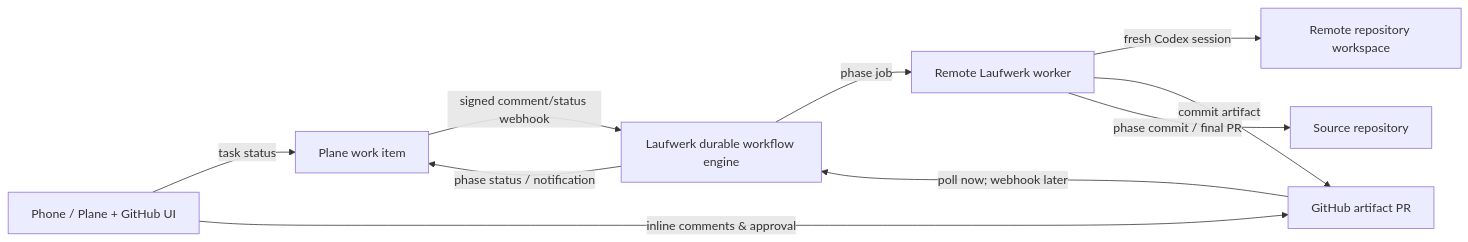
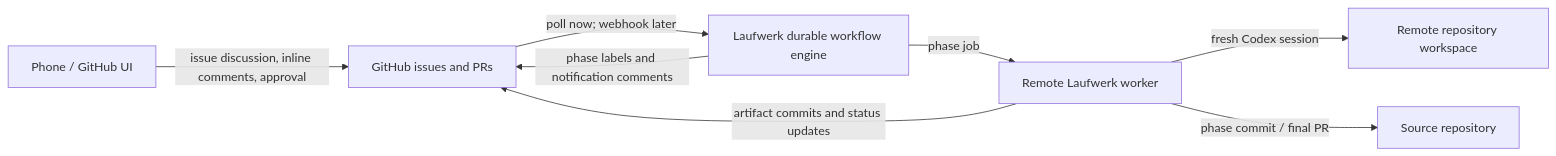
The diagram in docs/humanlayer-rpi-laufwerk-design.md (DevinHaas/laufwerk-workflows), drawn with Mermaid before and after one commit. The commit also changed other lines of this file and 1 other file, not shown here.

Commit message:
docs: simplify remote planning architecture

````diff
--- a/docs/humanlayer-rpi-laufwerk-design.md
+++ b/docs/humanlayer-rpi-laufwerk-design.md
@@ -337,12 +321,10 @@
 ```mermaid
 flowchart LR
-  Phone[Phone / Plane + GitHub UI] -->|task status| Plane[Plane work item]
-  Phone -->|inline comments & approval| GitHub[GitHub artifact PR]
-  Plane -->|signed comment/status webhook| Engine[Laufwerk durable workflow engine]
+  Phone[Phone / GitHub UI] -->|issue discussion, inline comments, approval| GitHub[GitHub issues and PRs]
   GitHub -->|poll now; webhook later| Engine[Laufwerk durable workflow engine]
   Engine -->|phase job| Worker[Remote Laufwerk worker]
   Worker -->|fresh Codex session| Repo[Remote repository workspace]
-  Worker -->|commit artifact| GitHub
+  Worker -->|artifact commits and status updates| GitHub
   Worker -->|phase commit / final PR| Source[Source repository]
-  Engine -->|phase status / notification| Plane
+  Engine -->|phase labels and notification comments| GitHub
 ```
````
